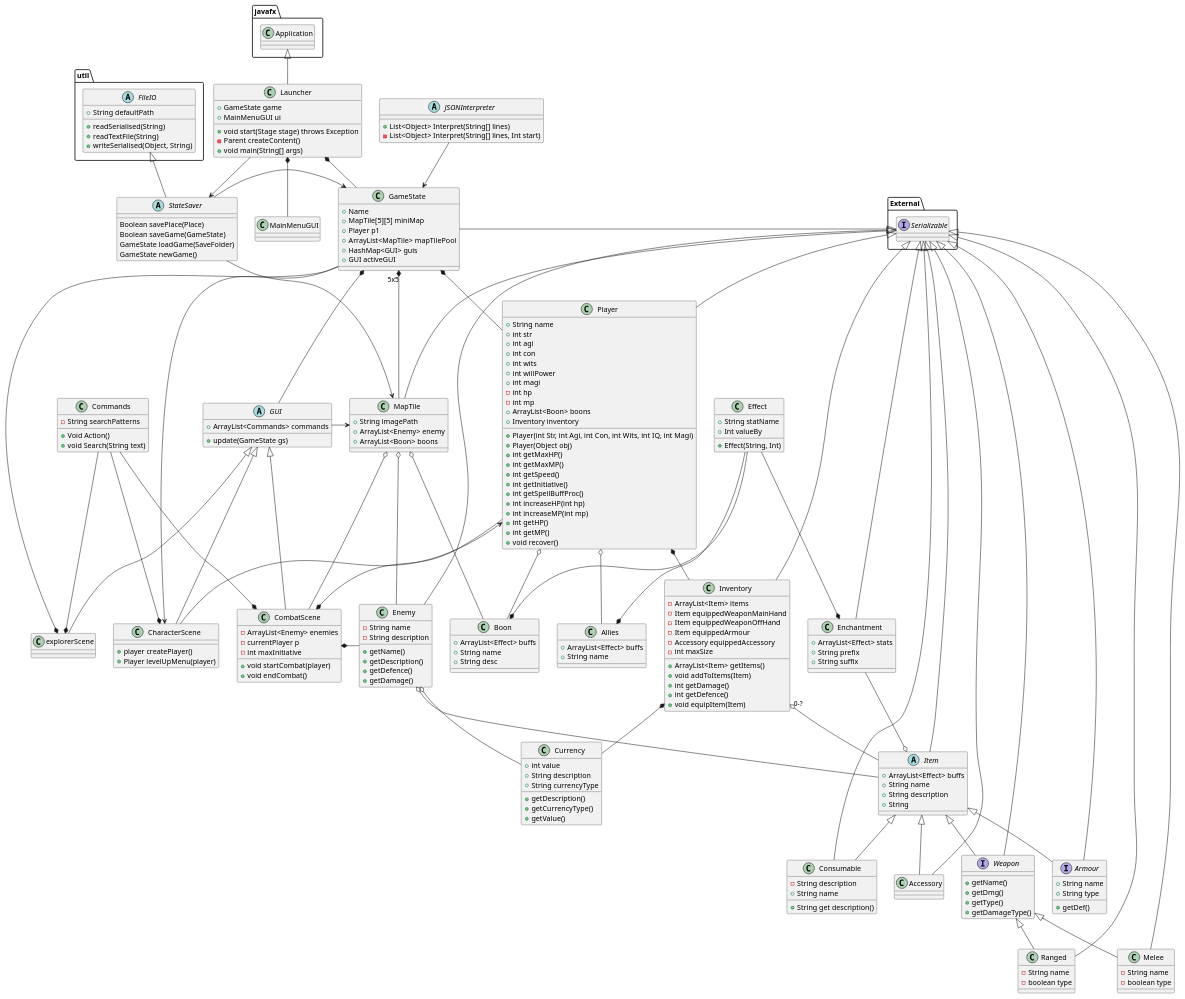
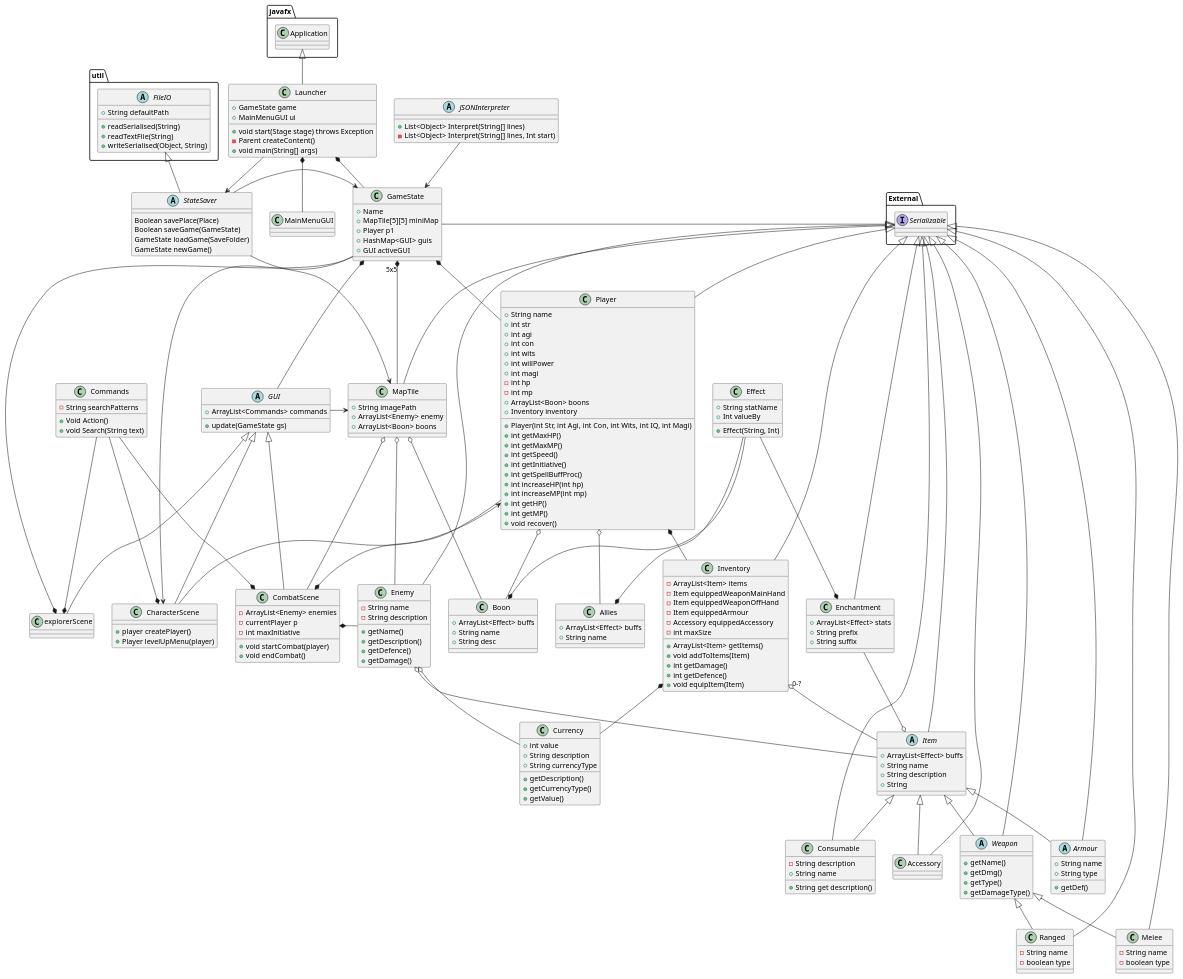
The diagram in Documentation/klassediagram.puml (SirRolin/Philoshopers-ICE), drawn with PlantUML before and after one commit. The commit also changed 3 other files, not shown here.

```diff
--- a/Documentation/klassediagram.puml
+++ b/Documentation/klassediagram.puml
@@ -34,7 +34,6 @@
     + Name
     + MapTile[5][5] miniMap
     + Player p1
-    + ArrayList<MapTile> mapTilePool
     + HashMap<GUI> guis
     + GUI activeGUI
 }
@@ -49,7 +48,6 @@
 }
 class Player extends External.Serializable {
     + Player(int Str, int Agi, int Con, int Wits, int IQ, int Magi)
-    + Player(Object obj)
     + String name
     + int str
     + int agi
@@ -105,7 +103,7 @@
     + String description
     + String
 }
-interface Weapon extends Item, External.Serializable {
+abstract class Weapon extends Item, External.Serializable {
     +getName()
     +getDmg()
     +getType()
@@ -119,7 +117,7 @@
     - String name
     - boolean type
 }
-interface Armour extends Item, External.Serializable {
+abstract class Armour extends Item, External.Serializable {
     + String name
     + String type
     + getDef()
```
